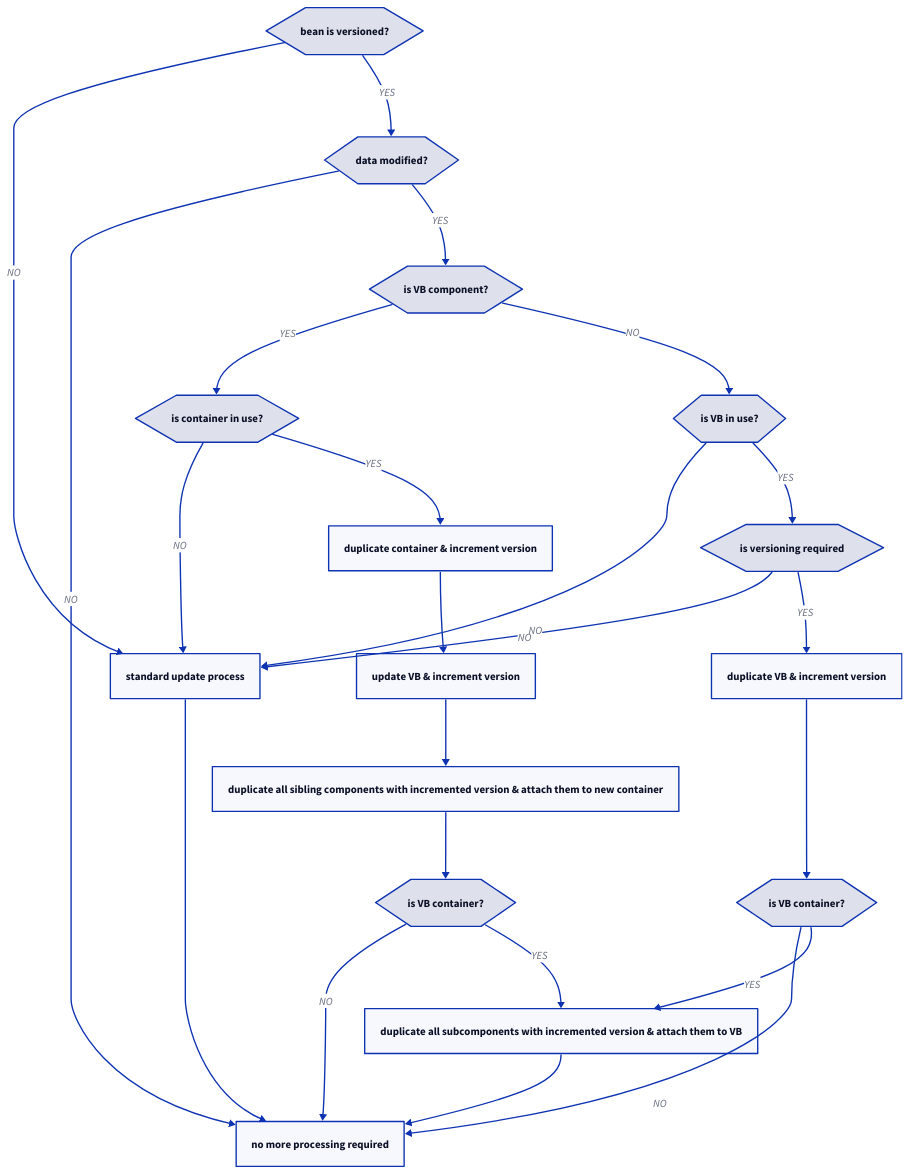
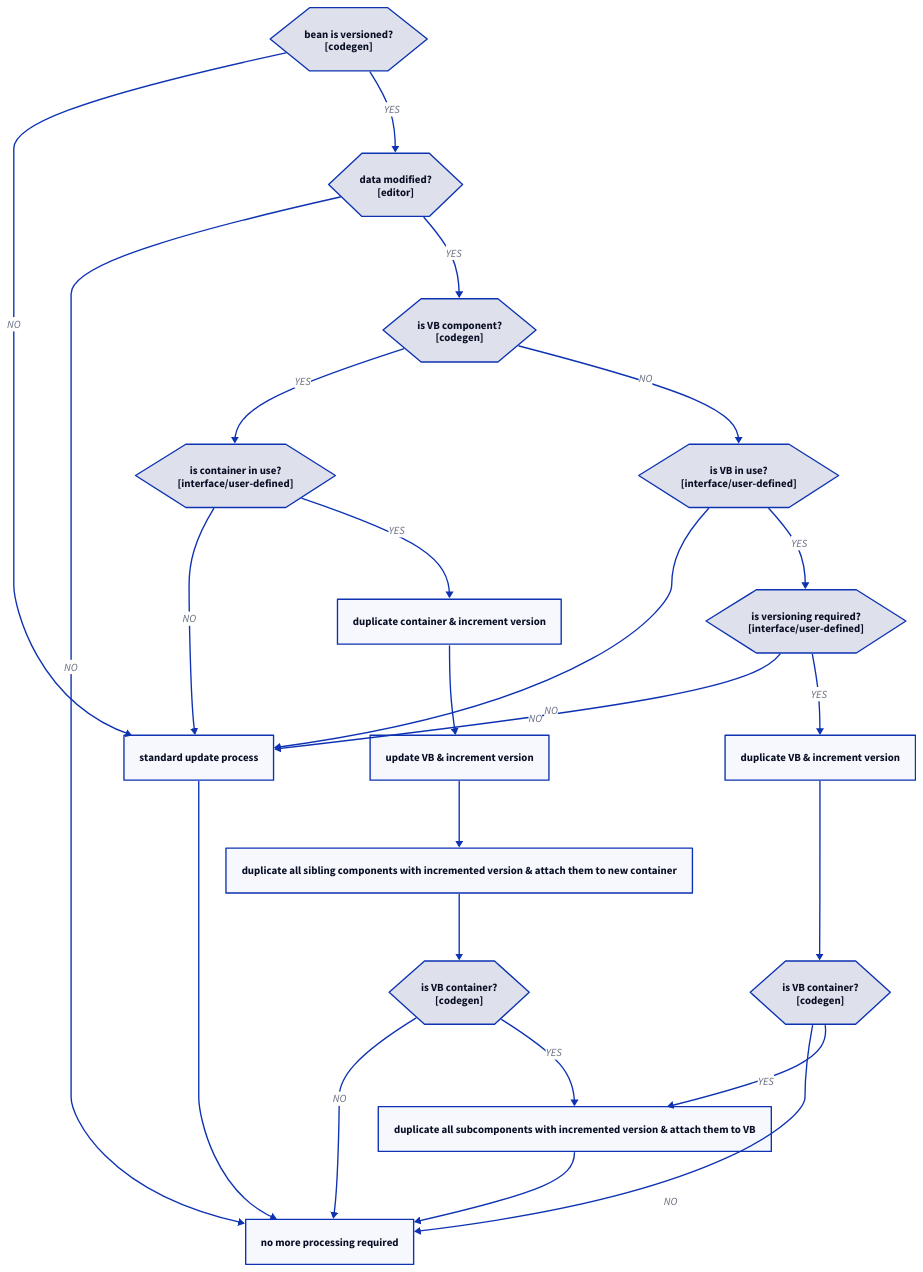
Before and after one commit to cpythoud/beanmaker-v2: the diagram in beanmaker2-runtime/src/main/diagrams/update.d2, drawn with D2.

Commit message:
refactor: update diagram labels to include additional context annotations

```diff
--- a/beanmaker2-runtime/src/main/diagrams/update.d2
+++ b/beanmaker2-runtime/src/main/diagrams/update.d2
@@ -1,65 +1,65 @@
-is_versioned: "bean is versioned?" {
+is_versioned: "bean is versioned?\n[codegen]" {
 	shape: hexagon
 }
 
 std_update: "standard update process"
 is_versioned -> std_update: NO
 std_update -> no_processing
 
-component_has_changes: "data modified?" {
+component_has_changes: "data modified?\n[editor]" {
 	shape: hexagon
 }
 is_versioned -> component_has_changes: YES
 
 no_processing: "no more processing required"
 component_has_changes -> no_processing: NO
 
-is_component: "is VB component?" {
+is_component: "is VB component?\n[codegen]" {
 	shape: hexagon
 }
 component_has_changes -> is_component: YES
 
-container_in_use: "is container in use?" {
+container_in_use: "is container in use?\n[interface/user-defined]" {
 	shape: hexagon
 }
 is_component -> container_in_use: YES
 container_in_use -> std_update: NO
 
 container_duplicate: "duplicate container & increment version"
 copy_component_inc: "update VB & increment version"
 copy_all_components: "duplicate all sibling components with incremented version & attach them to new container"
 container_in_use -> container_duplicate: YES
 container_duplicate -> copy_component_inc -> copy_all_components
 
-is_container1: "is VB container?" {
+is_container1: "is VB container?\n[codegen]" {
 	shape: hexagon
 }
 copy_all_components -> is_container1
 is_container1 -> no_processing: NO
 
 components_duplicate: "duplicate all subcomponents with incremented version & attach them to VB"
 is_container1 -> components_duplicate: YES
 components_duplicate -> no_processing
 
 
-is_in_use: "is VB in use?" {
+is_in_use: "is VB in use?\n[interface/user-defined]" {
 	shape: hexagon
 }
 is_component -> is_in_use: NO
 is_in_use -> std_update: NO
 
-is_version_required: "is versioning required" {
+is_version_required: "is versioning required?\n[interface/user-defined]" {
 	shape: hexagon
 }
 is_in_use -> is_version_required: YES
 is_version_required -> std_update: NO
 
 container_duplicate2: "duplicate VB & increment version"
 is_version_required -> container_duplicate2: YES
 
-is_container2: "is VB container?" {
+is_container2: "is VB container?\n[codegen]" {
 	shape: hexagon
 }
 container_duplicate2 -> is_container2
 is_container2 -> no_processing: NO
 is_container2 -> components_duplicate: YES
```
